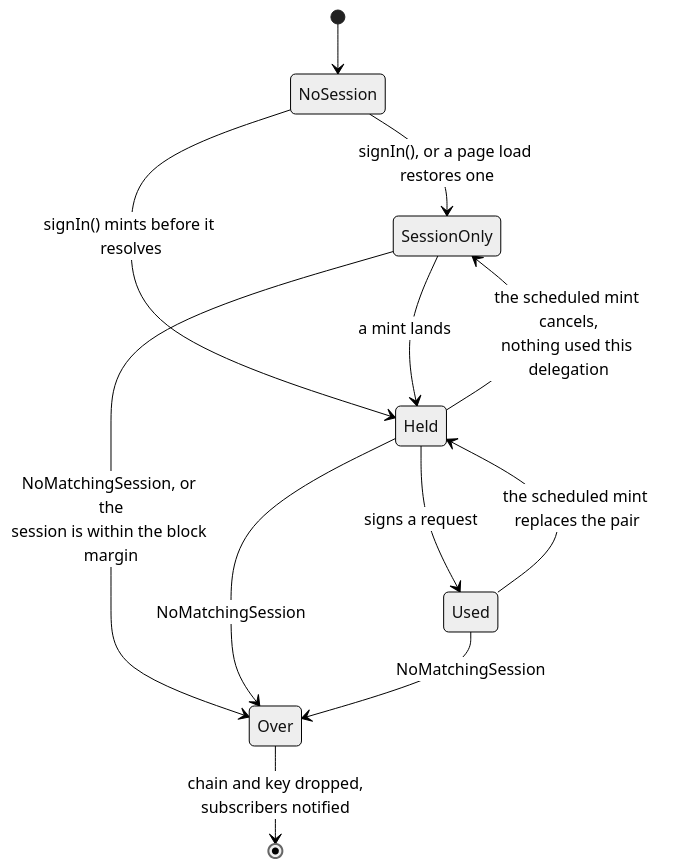
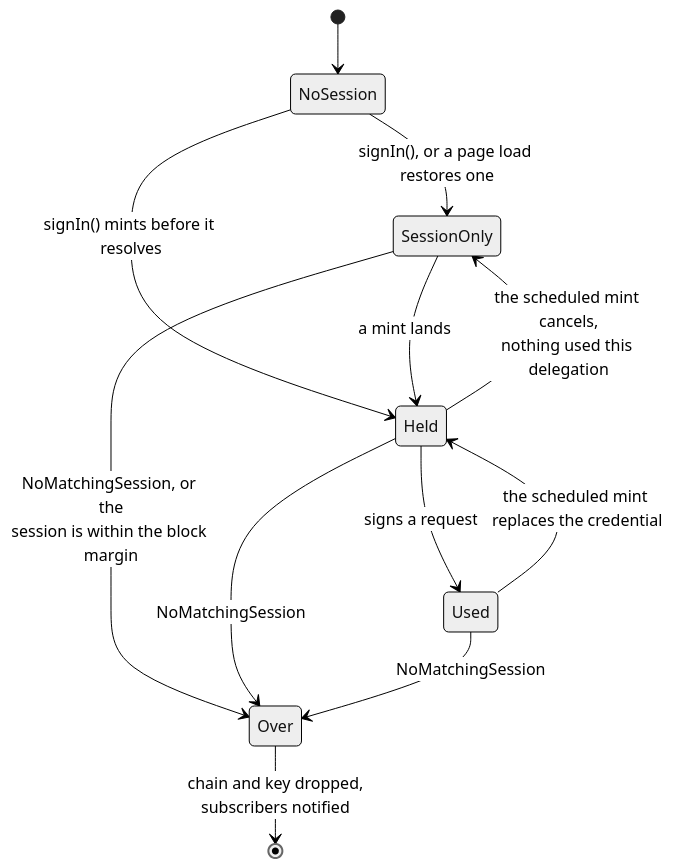
One commit to dfinity/internet-identity changed the second of 3 diagrams in docs/ongoing/client-app-sessions-spec.md. Above: the diagram before and after it, drawn with Mermaid (neutral theme). The commit also changed other lines of this file and 1 other file, not shown here.

First line of the commit message:
docs: one credential store, and a published status beside it

````diff
--- a/docs/ongoing/client-app-sessions-spec.md
+++ b/docs/ongoing/client-app-sessions-spec.md
@@ -188,14 +206,14 @@
 ```mermaid
 stateDiagram-v2
     [*] --> NoSession
     NoSession --> SessionOnly: signIn(), or a page load restores one
     NoSession --> Held: signIn() mints before it resolves
     SessionOnly --> Held: a mint lands
     Held --> Used: signs a request
-    Used --> Held: the scheduled mint replaces the pair
+    Used --> Held: the scheduled mint replaces the credential
     Held --> SessionOnly: the scheduled mint cancels,<br/>nothing used this delegation
     SessionOnly --> Over: NoMatchingSession, or the<br/>session is within the block margin
     Held --> Over: NoMatchingSession
     Used --> Over: NoMatchingSession
     Over --> [*]: chain and key dropped,<br/>subscribers notified
 ```
````
